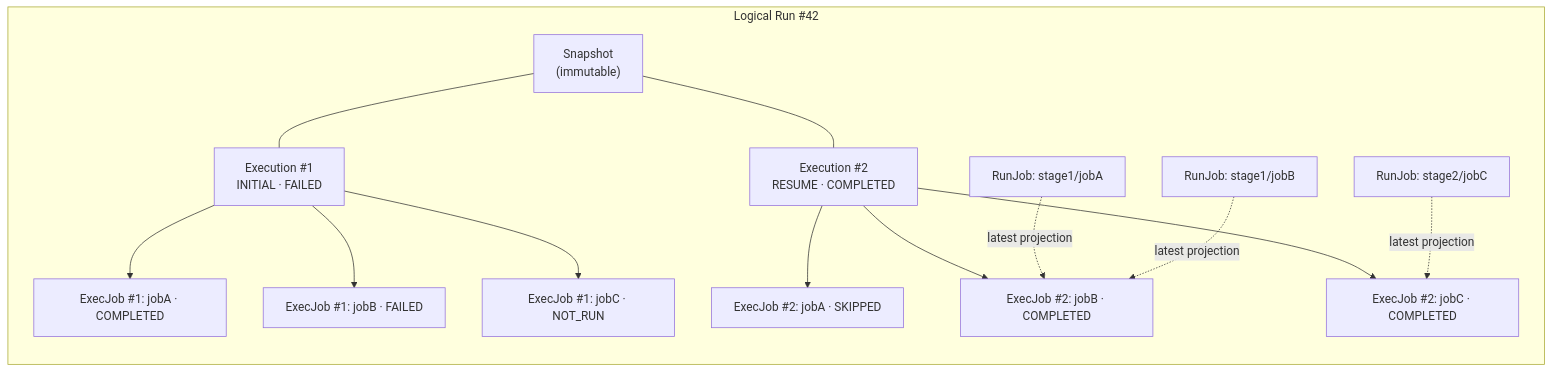
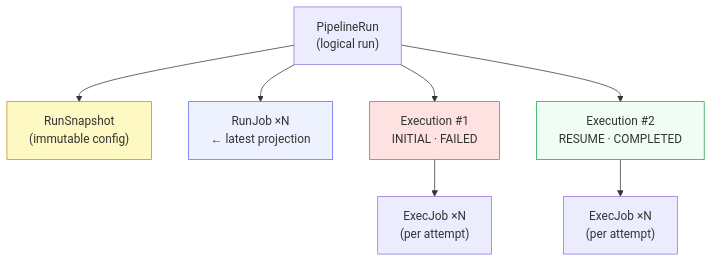
Before and after one commit to tibame201020/IrisPipe: the seventh of 7 diagrams in quarto/design.qmd, drawn with Mermaid. The commit also changed other lines of this file and 1 other file, not shown here.

Commit message:
docs: simplify Mermaid diagrams - reduce node text density for readability

````diff
--- a/quarto/design.qmd
+++ b/quarto/design.qmd
@@ -242,33 +232,22 @@
 ```{mermaid}
-graph LR
-  subgraph "Logical Run #42"
-    direction TB
-    Snap["Snapshot\n(immutable)"]
-    Job1["RunJob: stage1/jobA"]
-    Job2["RunJob: stage1/jobB"]
-    Job3["RunJob: stage2/jobC"]
+flowchart TD
+  Run["PipelineRun\n(logical run)"]
+  Snap["RunSnapshot\n(immutable config)"]
+  RunJob["RunJob ×N\n← latest projection"]
+  Exec1["Execution #1\nINITIAL · FAILED"]
+  Exec2["Execution #2\nRESUME · COMPLETED"]
+  EJ1["ExecJob ×N\n(per attempt)"]
+  EJ2["ExecJob ×N\n(per attempt)"]
 
-    Attempt1["Execution #1\nINITIAL · FAILED"]
-    Attempt2["Execution #2\nRESUME · COMPLETED"]
+  Run --> Snap
+  Run --> RunJob
+  Run --> Exec1
+  Run --> Exec2
+  Exec1 --> EJ1
+  Exec2 --> EJ2
 
-    EJob1["ExecJob #1: jobA · COMPLETED"]
-    EJob2["ExecJob #1: jobB · FAILED"]
-    EJob3["ExecJob #1: jobC · NOT_RUN"]
-
-    EJob4["ExecJob #2: jobA · SKIPPED"]
-    EJob5["ExecJob #2: jobB · COMPLETED"]
-    EJob6["ExecJob #2: jobC · COMPLETED"]
-  end
-
-  Snap --- Attempt1
-  Snap --- Attempt2
-  Attempt1 --> EJob1
-  Attempt1 --> EJob2
-  Attempt1 --> EJob3
-  Attempt2 --> EJob4
-  Attempt2 --> EJob5
-  Attempt2 --> EJob6
-  Job1 -. "latest projection" .-> EJob5
-  Job2 -. "latest projection" .-> EJob5
-  Job3 -. "latest projection" .-> EJob6
+  style Snap fill:#fef9c3,stroke:#ca8a04
+  style RunJob fill:#eef2ff,stroke:#6366f1
+  style Exec1 fill:#fee2e2,stroke:#ef4444
+  style Exec2 fill:#f0fdf4,stroke:#16a34a
 ```
````
